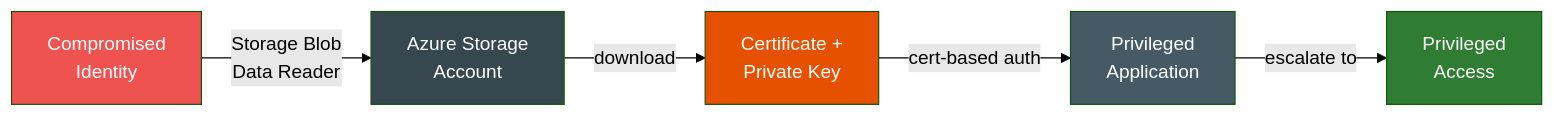
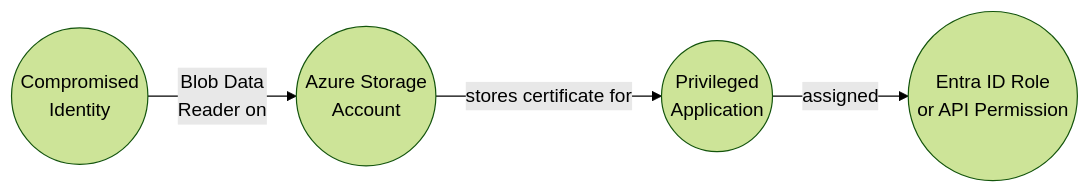
The first of 3 diagrams in docs/attack-paths/storage-certificate-theft.md (mvelazc0/BadZure), drawn with Mermaid (forest theme) before and after one commit. The commit also changed other lines of this file and 5 other files, not shown here.

Commit message:
improving documentation graphs

````diff
--- a/docs/attack-paths/storage-certificate-theft.md
+++ b/docs/attack-paths/storage-certificate-theft.md
@@ -9,13 +9,6 @@
 ``` mermaid
 graph LR
-    A["Compromised<br/>Identity"] -->|"Storage Blob<br/>Data Reader"| B["Azure Storage<br/>Account"]
-    B -->|"download"| C["Certificate +<br/>Private Key"]
-    C -->|"cert-based auth"| D["Privileged<br/>Application"]
-    D -->|"escalate to"| E["Privileged<br/>Access"]
-
-    style A fill:#ef5350,color:#fff
-    style B fill:#37474f,color:#fff
-    style C fill:#e65100,color:#fff
-    style D fill:#455a64,color:#fff
-    style E fill:#2e7d32,color:#fff
+    ID(("Compromised<br/>Identity")) -->|"Blob Data<br/>Reader on"| SA(("Azure Storage<br/>Account"))
+    SA -->|"stores certificate for"| APP(("Privileged<br/>Application"))
+    APP -->|"assigned"| PRIV(("Entra ID Role<br/>or API Permission"))
 ```
````
